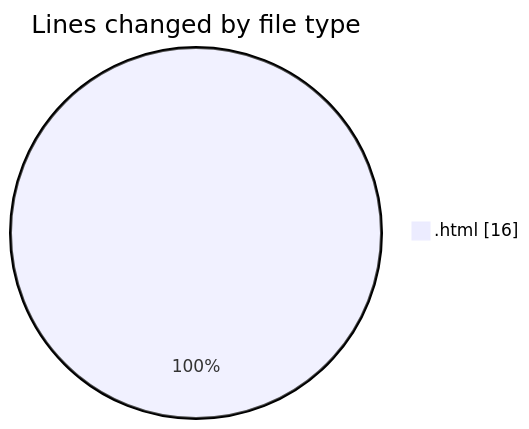
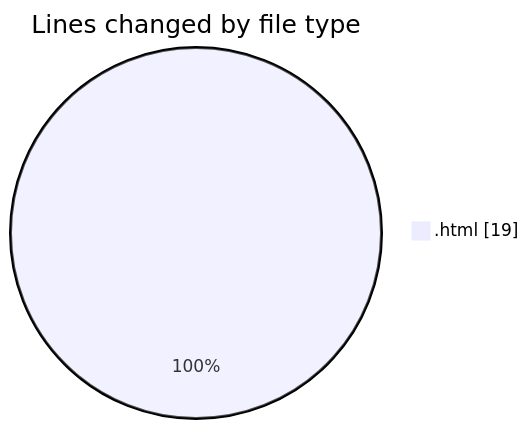
Before and after one commit to LanceThiago/code-tracking: the first of 2 diagrams in 2025-04-25/enre_-_calculadora_de_consumo_v_2022_files/README.md, drawn with Mermaid. The commit also changed other lines of this file and 1 other file, not shown here.

````diff
--- a/2025-04-25/enre_-_calculadora_de_consumo_v_2022_files/README.md
+++ b/2025-04-25/enre_-_calculadora_de_consumo_v_2022_files/README.md
@@ -20,5 +20,5 @@
 ```mermaid
 pie showData
 title Lines changed by file type
-".html" : 16
+".html" : 19
 ```
````
